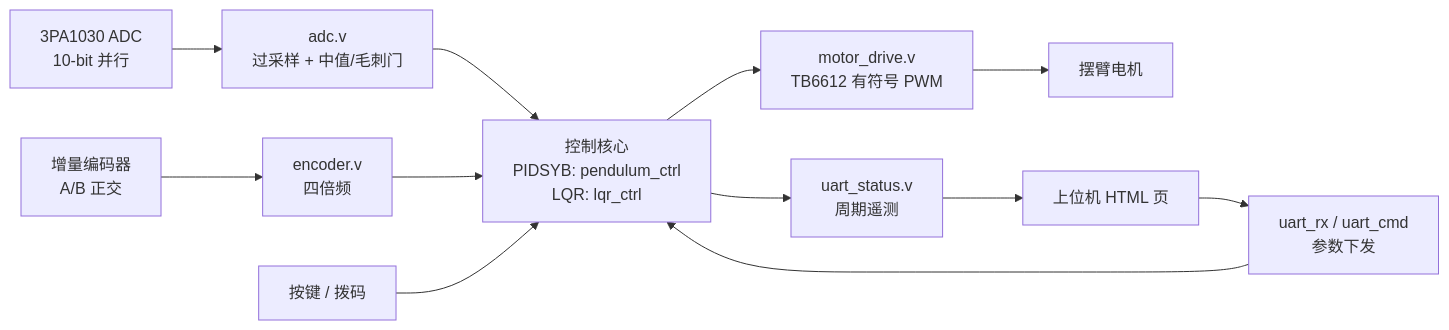
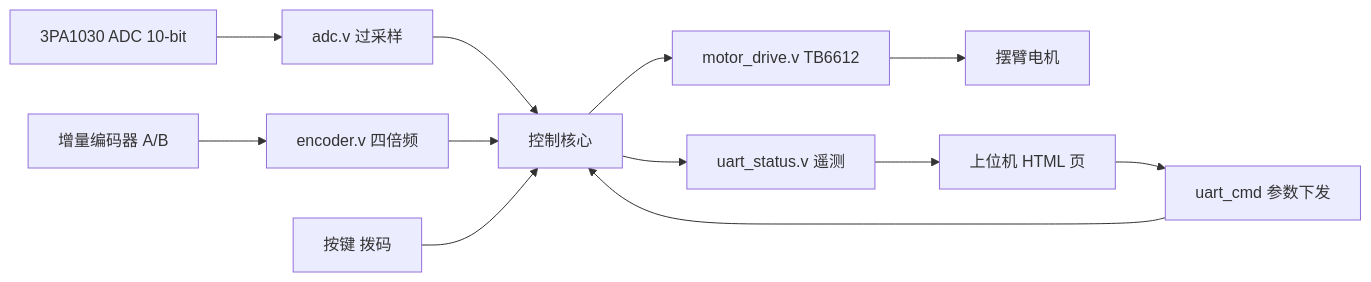
One commit to xi9285160-beep/FPGA-Rotary-Inverted-Pendulum changed the diagram in README.md. Above: the diagram before and after it, drawn with Mermaid. The commit also changed 1 other file, not shown here.

Commit message:
docs: 修正 mermaid 图语法（GitHub 不支持标签内 br 与尖括号）

````diff
--- a/README.md
+++ b/README.md
@@ -21,14 +21,14 @@
 ```mermaid
 flowchart LR
-    A["3PA1030 ADC<br/>10-bit 并行"] --> B["adc.v<br/>过采样 + 中值/毛刺门"]
-    C["增量编码器<br/>A/B 正交"] --> D["encoder.v<br/>四倍频"]
-    B --> E["控制核心<br/>PIDSYB: pendulum_ctrl<br/>LQR: lqr_ctrl"]
-    D --> E
-    F["按键 / 拨码"] --> E
-    E --> G["motor_drive.v<br/>TB6612 有符号 PWM"]
-    G --> H["摆臂电机"]
-    E --> I["uart_status.v<br/>周期遥测"]
-    I --> J["上位机 HTML 页"]
-    J --> K["uart_rx / uart_cmd<br/>参数下发"]
-    K --> E
+    ADC["3PA1030 ADC 10-bit"] --> ADCV["adc.v 过采样"]
+    ENC["增量编码器 A/B"] --> ENCV["encoder.v 四倍频"]
+    ADCV --> CTRL["控制核心"]
+    ENCV --> CTRL
+    KEY["按键 拨码"] --> CTRL
+    CTRL --> MDRV["motor_drive.v TB6612"]
+    MDRV --> MOTOR["摆臂电机"]
+    CTRL --> USTAT["uart_status.v 遥测"]
+    USTAT --> PC["上位机 HTML 页"]
+    PC --> UCMD["uart_cmd 参数下发"]
+    UCMD --> CTRL
 ```
````
